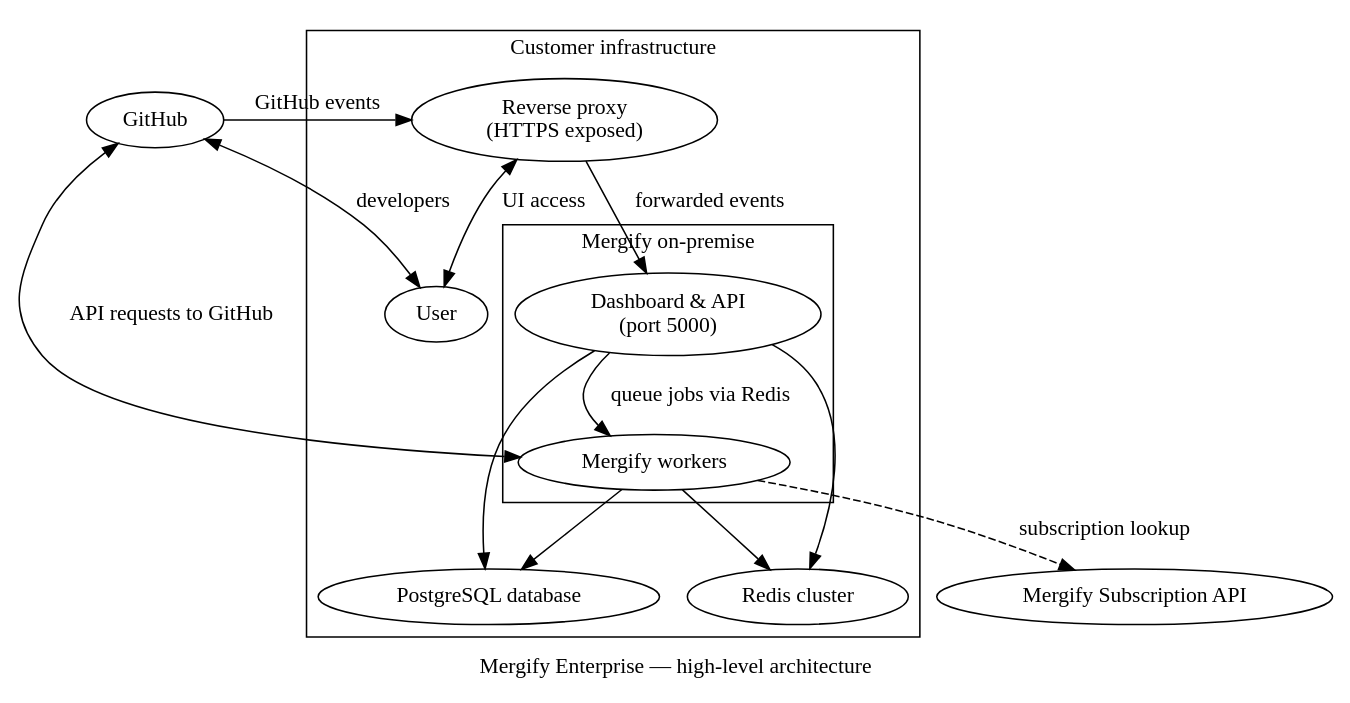
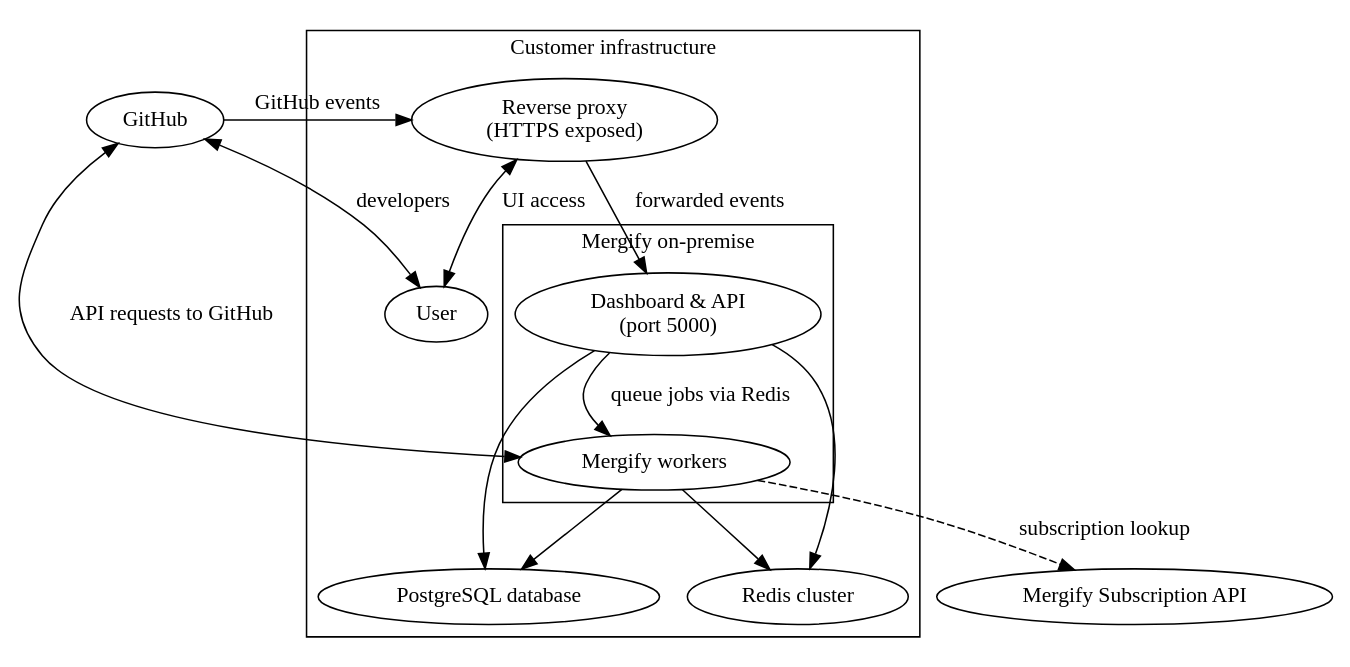
Before and after one commit to Mergifyio/docs: the diagram in src/content/docs/enterprise/architecture.mdx, drawn with Graphviz. The commit also changed other lines of this file and 20 other files, not shown here.

First line of the commit message:
feat(diagrams): size by type, caption in HTML, one meaning per role

````diff
--- a/src/content/docs/enterprise/architecture.mdx
+++ b/src/content/docs/enterprise/architecture.mdx
@@ -29,38 +28,37 @@
-  ```dot class="arch"
-  digraph {
-    label="Mergify Enterprise — high-level architecture";
+```dot class="arch" title="Mergify Enterprise — high-level architecture"
+digraph {
 
-    subgraph cluster_customer {
-      class="batch";
-      label="Customer infrastructure";
+  subgraph cluster_customer {
+    class="batch";
+    label="Customer infrastructure";
 
-      User [label="User", class="external"];
-      ReverseProxy [label="Reverse proxy\n(HTTPS exposed)", class="config"];
+    User [label="User", class="external"];
+    ReverseProxy [label="Reverse proxy\n(HTTPS exposed)", class="config"];
 
-      subgraph cluster_onprem {
-        class="mergify";
-        label="Mergify on-premise";
-        Dashboard [label="Dashboard & API\n(port 5000)", class="mergify"];
-        Workers [label="Mergify workers", class="mergify"];
-      }
-
-      PostgreSQL [label="PostgreSQL database", class="datastore"];
-      Redis [label="Redis cluster", class="datastore"];
+    subgraph cluster_onprem {
+      class="mergify";
+      label="Mergify on-premise";
+      Dashboard [label="Dashboard & API\n(port 5000)", class="mergify"];
+      Workers [label="Mergify workers", class="mergify"];
     }
 
-    GitHub [label="GitHub", class="external"];
-    Subscription [label="Mergify Subscription API", class="mergify"];
+    PostgreSQL [label="PostgreSQL database", class="datastore"];
+    Redis [label="Redis cluster", class="datastore"];
+  }
 
-    GitHub -> ReverseProxy [label="GitHub events"];
-    ReverseProxy -> Dashboard [label="forwarded events"];
-    Dashboard -> Workers [label="queue jobs via Redis"];
-    Dashboard -> PostgreSQL;
-    Dashboard -> Redis;
-    Workers -> PostgreSQL;
-    Workers -> Redis;
-    Workers -> GitHub [label="API requests to GitHub", dir=both];
-    ReverseProxy -> User [label="UI access", dir=both];
-    GitHub -> User [label="developers", dir=both];
-    Workers -> Subscription [label="subscription lookup", class="muted", style=dashed];
-  }
-  ```
+  GitHub [label="GitHub", class="external"];
+  Subscription [label="Mergify Subscription API", class="mergify"];
+
+  GitHub -> ReverseProxy [label="GitHub events"];
+  ReverseProxy -> Dashboard [label="forwarded events"];
+  Dashboard -> Workers [label="queue jobs via Redis"];
+  Dashboard -> PostgreSQL;
+  Dashboard -> Redis;
+  Workers -> PostgreSQL;
+  Workers -> Redis;
+  Workers -> GitHub [label="API requests to GitHub", dir=both];
+  ReverseProxy -> User [label="UI access", dir=both];
+  GitHub -> User [label="developers", dir=both];
+  Workers -> Subscription [label="subscription lookup", class="muted", style=dashed];
+}
+```
````
